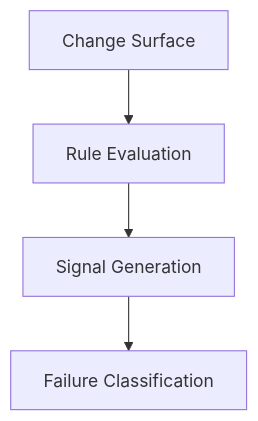
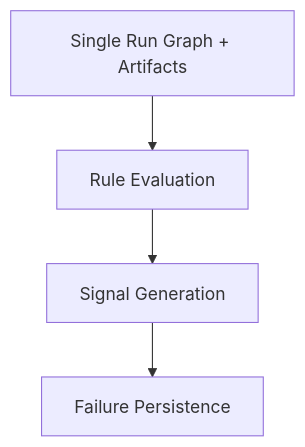
The third of 3 diagrams in docs/spec-diff-detect.md (notrix-dev/notrix-trax), drawn with Mermaid before and after one commit. The commit also changed other lines of this file, not shown here.

````diff
--- a/docs/spec-diff-detect.md
+++ b/docs/spec-diff-detect.md
@@ -112,6 +117,6 @@
 ```mermaid
 flowchart TD
-    A[Change Surface] --> B[Rule Evaluation]
+    A[Single Run Graph + Artifacts] --> B[Rule Evaluation]
     B --> C[Signal Generation]
-    C --> D[Failure Classification]
+    C --> D[Failure Persistence]
 ```
````
